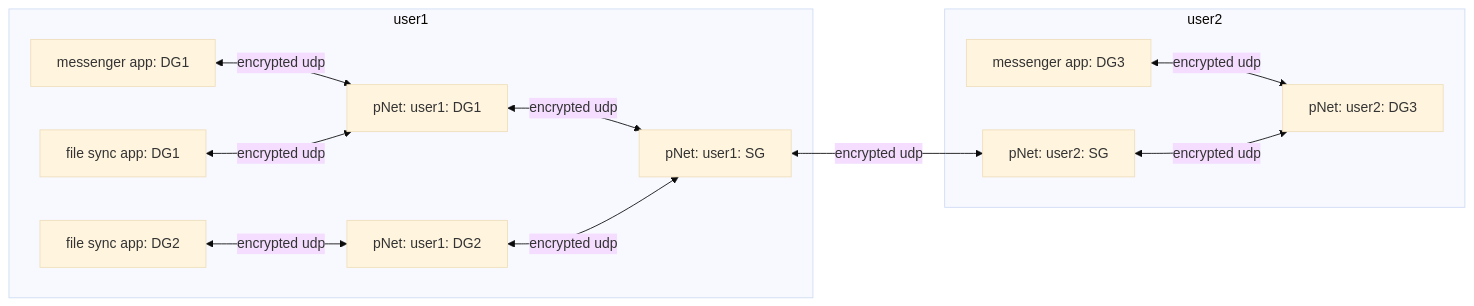
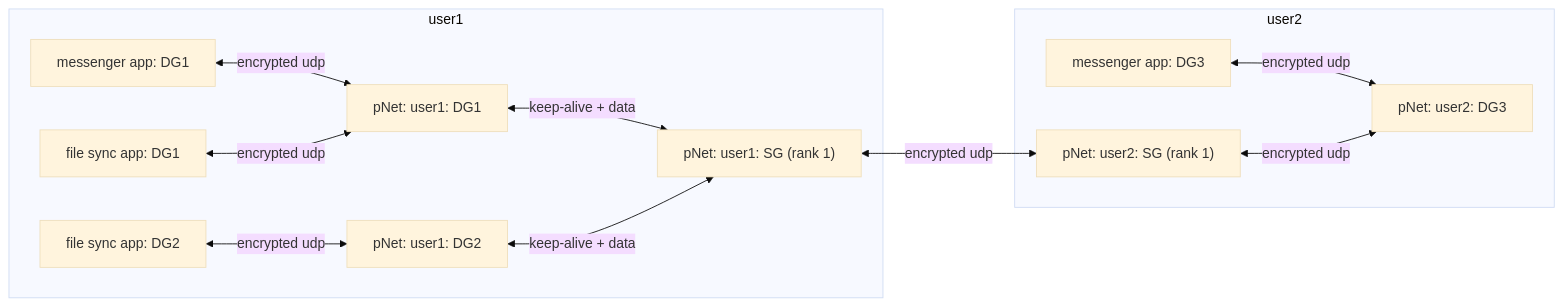
Before and after one commit to Cognaiscance/pNet: the first of 2 diagrams in descriptions/Data transport diagram.md, drawn with Mermaid (base theme). The commit also changed other lines of this file and 5 other files, not shown here.

````diff
--- a/descriptions/Data transport diagram.md
+++ b/descriptions/Data transport diagram.md
@@ -10,27 +18,27 @@
 ```mermaid
 flowchart LR
     subgraph user1
         A[messenger app: DG1]
         B[file sync app: DG1]
         DG1[pNet: user1: DG1]
         D[file sync app: DG2]
         DG2[pNet: user1: DG2]
-        SG1[pNet: user1: SG]
+        SG1["pNet: user1: SG (rank 1)"]
     end
 
     subgraph user2
         C[messenger app: DG3]
         DG3[pNet: user2: DG3]
-        SG2[pNet: user2: SG]
+        SG2["pNet: user2: SG (rank 1)"]
     end
 
     A <-->|encrypted udp|DG1
     B <-->|encrypted udp|DG1
     D <-->|encrypted udp|DG2
     C <-->|encrypted udp|DG3
 
-    DG1 <-->|encrypted udp|SG1
-    DG2 <-->|encrypted udp|SG1
+    DG1 <-->|keep-alive + data|SG1
+    DG2 <-->|keep-alive + data|SG1
     SG1 <-->|encrypted udp|SG2
     SG2 <-->|encrypted udp|DG3
 ```
````
